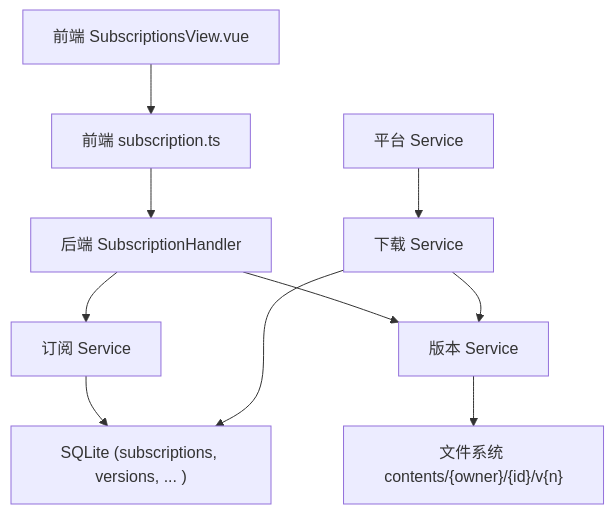
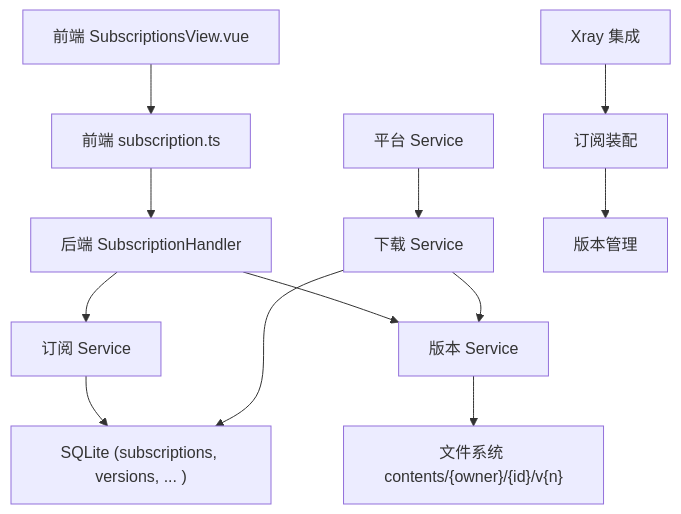
Before and after one commit to AlcaProphet/VPN-Subscription-Management: the first of 9 diagrams in .qoder/repowiki/zh/content/核心功能模块/订阅管理系统.md, drawn with Mermaid. The commit also changed other lines of this file and 109 other files, not shown here.

````diff
--- a/.qoder/repowiki/zh/content/核心功能模块/订阅管理系统.md
+++ b/.qoder/repowiki/zh/content/核心功能模块/订阅管理系统.md
@@ -53,12 +56,14 @@
 ```mermaid
 graph TB
 FE["前端 SubscriptionsView.vue"] --> API["前端 subscription.ts"]
 API --> Srv["后端 SubscriptionHandler"]
 Srv --> SubSvc["订阅 Service"]
 Srv --> VerSvc["版本 Service"]
 SubSvc --> DB["SQLite (subscriptions, versions, ... )"]
 VerSvc --> FS["文件系统 contents/{owner}/{id}/v{n}"]
 DL["下载 Service"] --> VerSvc
 DL --> DB
 PLAT["平台 Service"] --> DL
+XRAY["Xray 集成"] --> SUB["订阅装配"]
+SUB --> VER["版本管理"]
 ```
````
